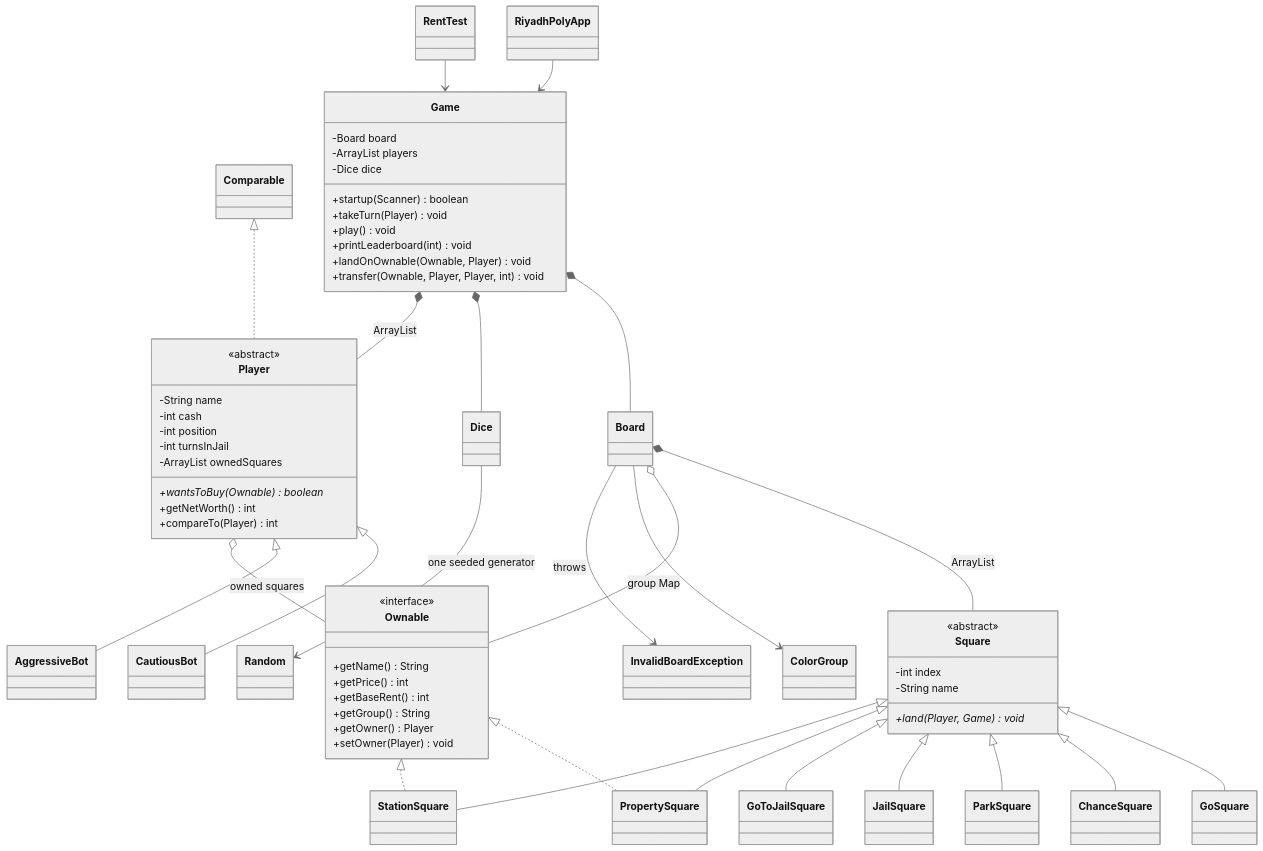
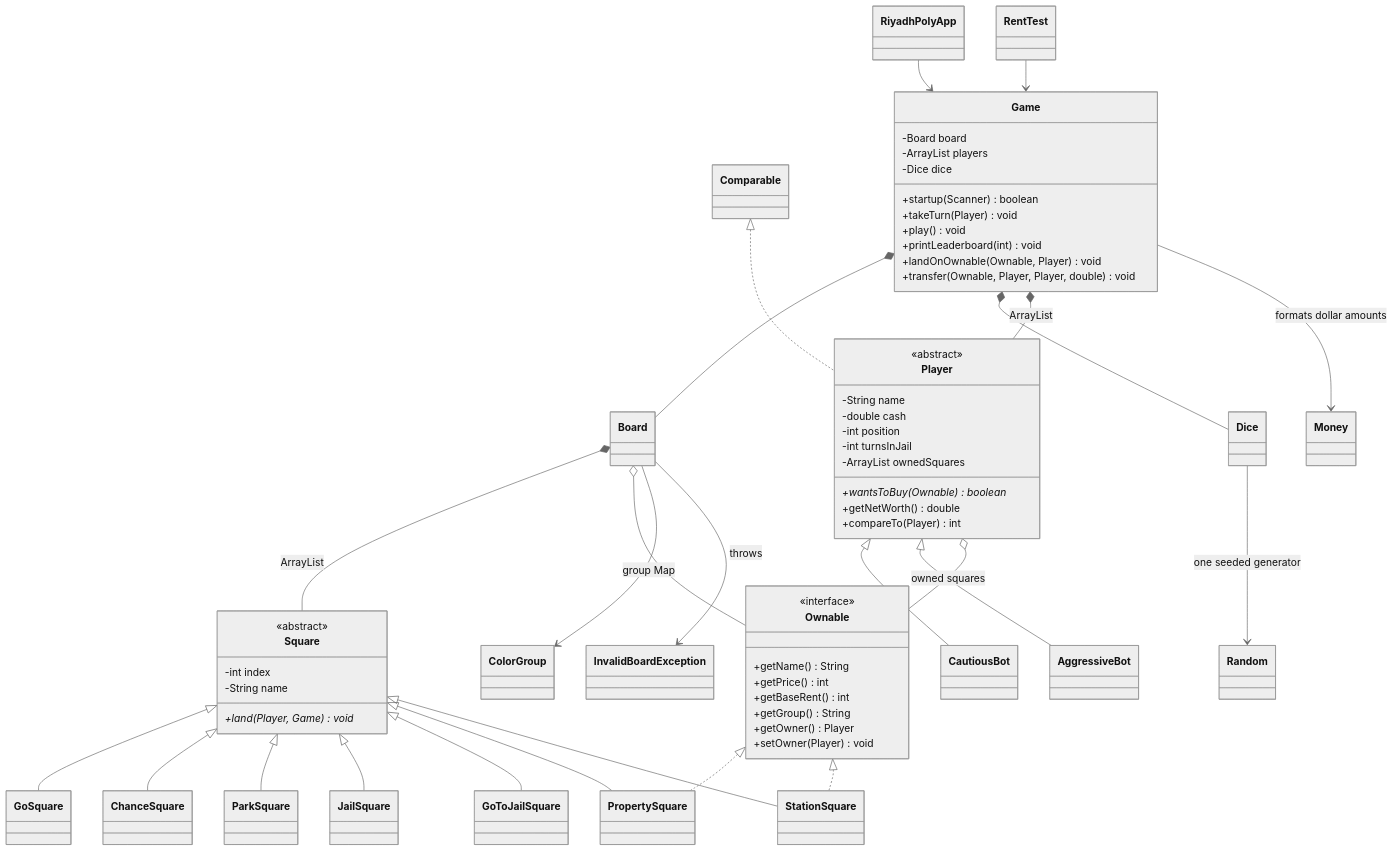
One commit to Ameer3716/3355 changed the diagram in diagram/phase2.md. Above: the diagram before and after it, drawn with Mermaid (neutral theme). The commit also changed 13 other files, not shown here.

````diff
--- a/diagram/phase2.md
+++ b/diagram/phase2.md
@@ -6,63 +6,64 @@
 ```mermaid
 classDiagram
     Square <|-- GoSquare
     Square <|-- ChanceSquare
     Square <|-- ParkSquare
     Square <|-- JailSquare
     Square <|-- GoToJailSquare
     Square <|-- PropertySquare
     Square <|-- StationSquare
     Ownable <|.. PropertySquare
     Ownable <|.. StationSquare
     Player <|-- CautiousBot
     Player <|-- AggressiveBot
     Comparable <|.. Player
     Game *-- Board
     Game *-- Dice
     Game *-- Player : ArrayList
     Board *-- Square : ArrayList
     Board o-- Ownable : group Map
     Player o-- Ownable : owned squares
     Dice --> Random : one seeded generator
     Board --> ColorGroup
     Board --> InvalidBoardException : throws
     RiyadhPolyApp --> Game
+    Game --> Money : formats dollar amounts
     RentTest --> Game
     class Square {
         <<abstract>>
         -int index
         -String name
         +land(Player, Game)* void
     }
     class Ownable {
         <<interface>>
         +getName() String
         +getPrice() int
         +getBaseRent() int
         +getGroup() String
         +getOwner() Player
         +setOwner(Player) void
     }
     class Player {
         <<abstract>>
         -String name
-        -int cash
+        -double cash
         -int position
         -int turnsInJail
         -ArrayList ownedSquares
         +wantsToBuy(Ownable)* boolean
-        +getNetWorth() int
+        +getNetWorth() double
         +compareTo(Player) int
     }
     class Game {
         -Board board
         -ArrayList players
         -Dice dice
         +startup(Scanner) boolean
         +takeTurn(Player) void
         +play() void
         +printLeaderboard(int) void
         +landOnOwnable(Ownable, Player) void
-        +transfer(Ownable, Player, Player, int) void
+        +transfer(Ownable, Player, Player, double) void
     }
 ```
````
